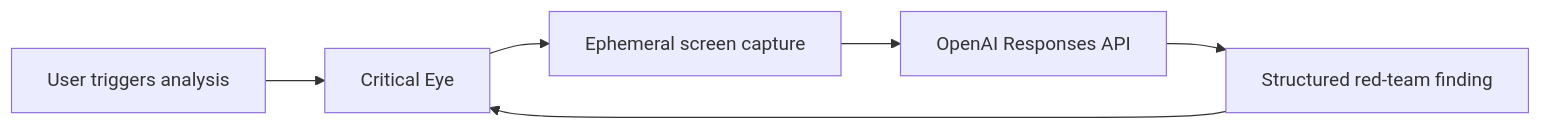
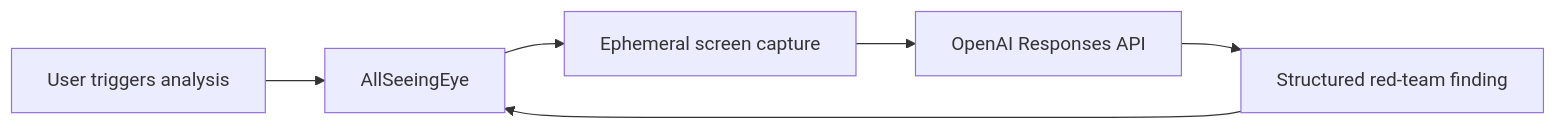
One commit to ShabalalaWATP/AllSeeingEye changed the diagram in docs/PLAN.md. Above: the diagram before and after it, drawn with Mermaid. The commit also changed other lines of this file and 82 other files, not shown here.

Commit message:
feat: launch AllSeeingEye expert review app

````diff
--- a/docs/PLAN.md
+++ b/docs/PLAN.md
@@ -538,8 +541,8 @@
 ```mermaid
 flowchart LR
-    User[User triggers analysis] --> Eye[Critical Eye]
+    User[User triggers analysis] --> Eye[AllSeeingEye]
     Eye --> Capture[Ephemeral screen capture]
     Capture --> OpenAI[OpenAI Responses API]
     OpenAI --> Finding[Structured red-team finding]
     Finding --> Eye
 ```
````
